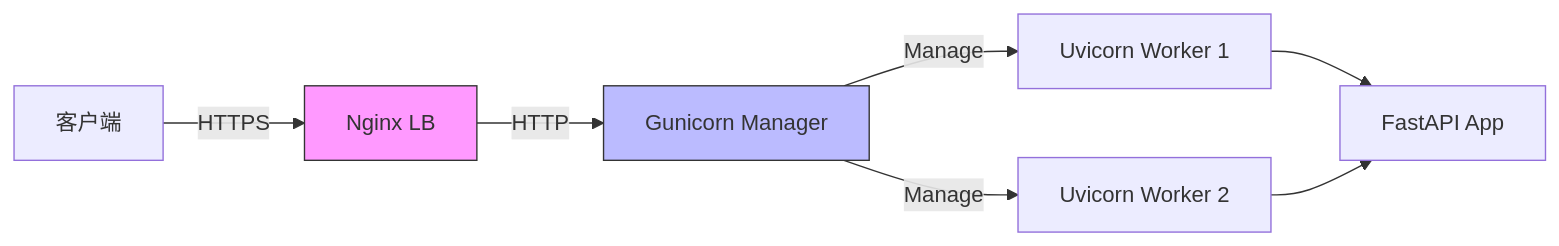
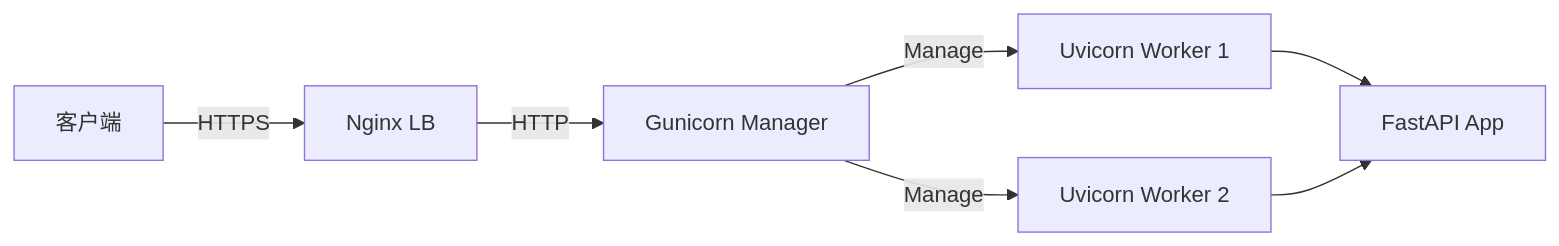
Before and after one commit to Devliang24/bloghub: the diagram in fastapi/19-部署指南.md, drawn with Mermaid. The commit also changed 8 other files, not shown here.

Commit message:
🎨 移除 Mermaid 流程图的节点颜色样式

````diff
--- a/fastapi/19-部署指南.md
+++ b/fastapi/19-部署指南.md
@@ -88,12 +88,10 @@
 ```mermaid
 graph LR
     Client[客户端] -- HTTPS --> Nginx[Nginx LB]
     Nginx -- HTTP --> Gunicorn[Gunicorn Manager]
     Gunicorn -- Manage --> Worker1["Uvicorn Worker 1"]
     Gunicorn -- Manage --> Worker2["Uvicorn Worker 2"]
     Worker1 --> App["FastAPI App"]
     Worker2 --> App
     
-    style Nginx fill:#f9f,stroke:#333
-    style Gunicorn fill:#bbf,stroke:#333
 ```
````
